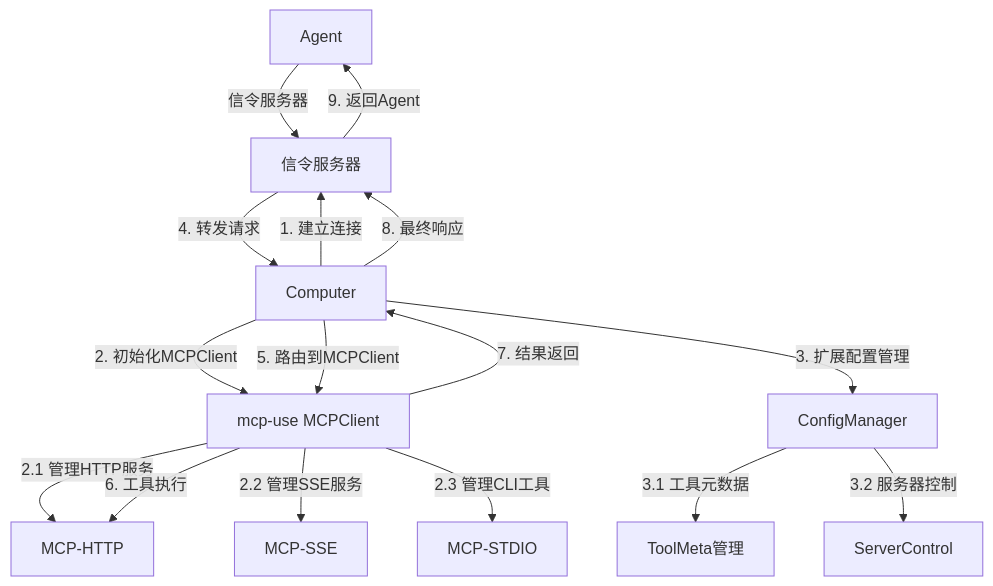
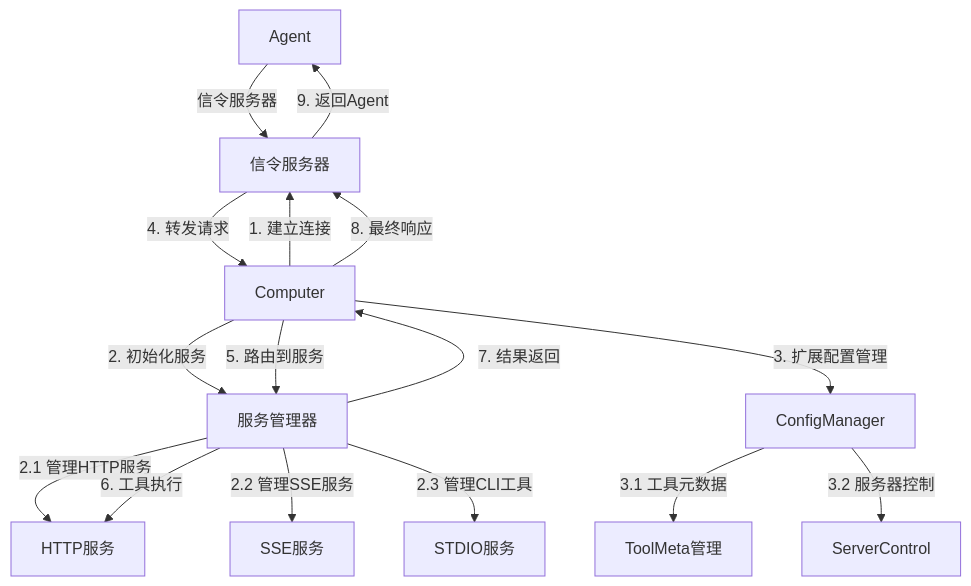
Before and after one commit to A2C-SMCP/python-computer-sdk: the first of 3 diagrams in docs/index.md, drawn with Mermaid. The commit also changed other lines of this file and 8 other files, not shown here.

````diff
--- a/docs/index.md
+++ b/docs/index.md
@@ -14,18 +14,18 @@
 ```mermaid
 graph TD
     A[Agent] -->|信令服务器| S[信令服务器]
     C[Computer] -->|1. 建立连接| S
-    C -->|2. 初始化MCPClient| MCP[mcp-use MCPClient]
-    MCP -->|2.1 管理HTTP服务| M1[MCP-HTTP]
-    MCP -->|2.2 管理SSE服务| M2[MCP-SSE]  
-    MCP -->|2.3 管理CLI工具| M3[MCP-STDIO]
+    C -->|2. 初始化服务| MCP[服务管理器]
+    MCP -->|2.1 管理HTTP服务| M1[HTTP服务]
+    MCP -->|2.2 管理SSE服务| M2[SSE服务]  
+    MCP -->|2.3 管理CLI工具| M3[STDIO服务]
     C -->|3. 扩展配置管理| CM[ConfigManager]
     CM -->|3.1 工具元数据| TM[ToolMeta管理]
     CM -->|3.2 服务器控制| SC[ServerControl]
     S -->|4. 转发请求| C
-    C -->|5. 路由到MCPClient| MCP
+    C -->|5. 路由到服务| MCP
     MCP -->|6. 工具执行| M1
     MCP -->|7. 结果返回| C
     C -->|8. 最终响应| S
     S -->|9. 返回Agent| A
 ```
````
